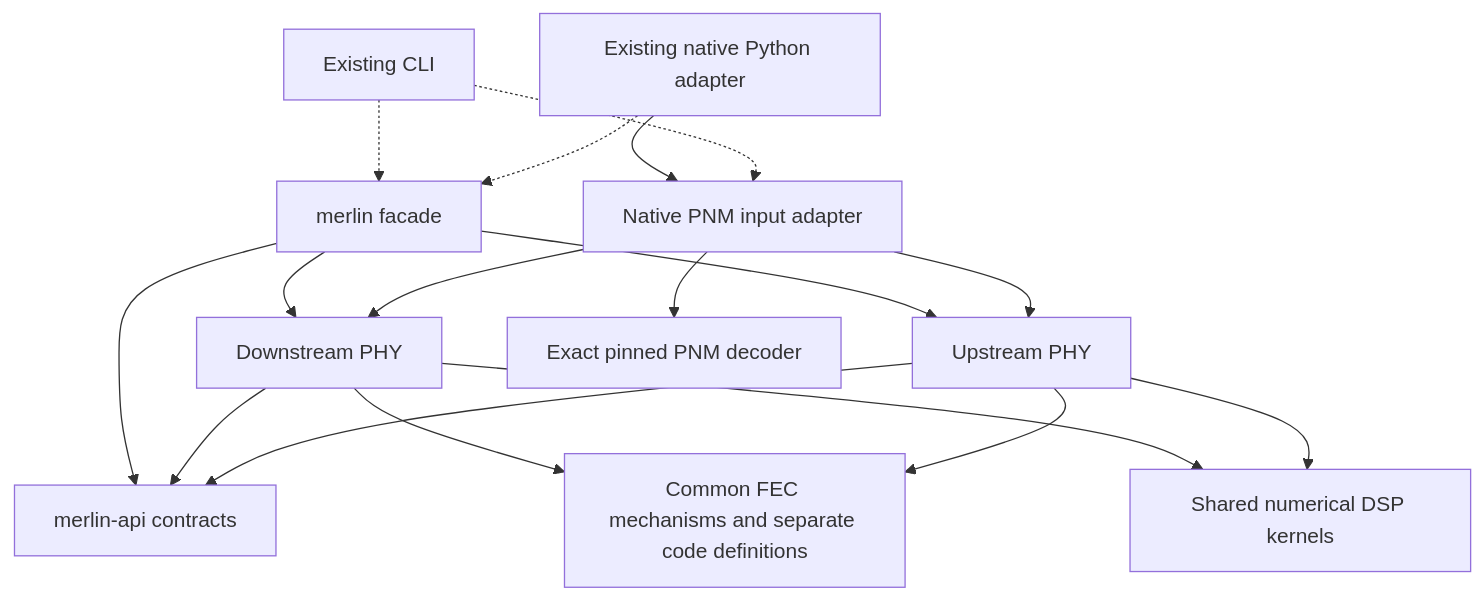
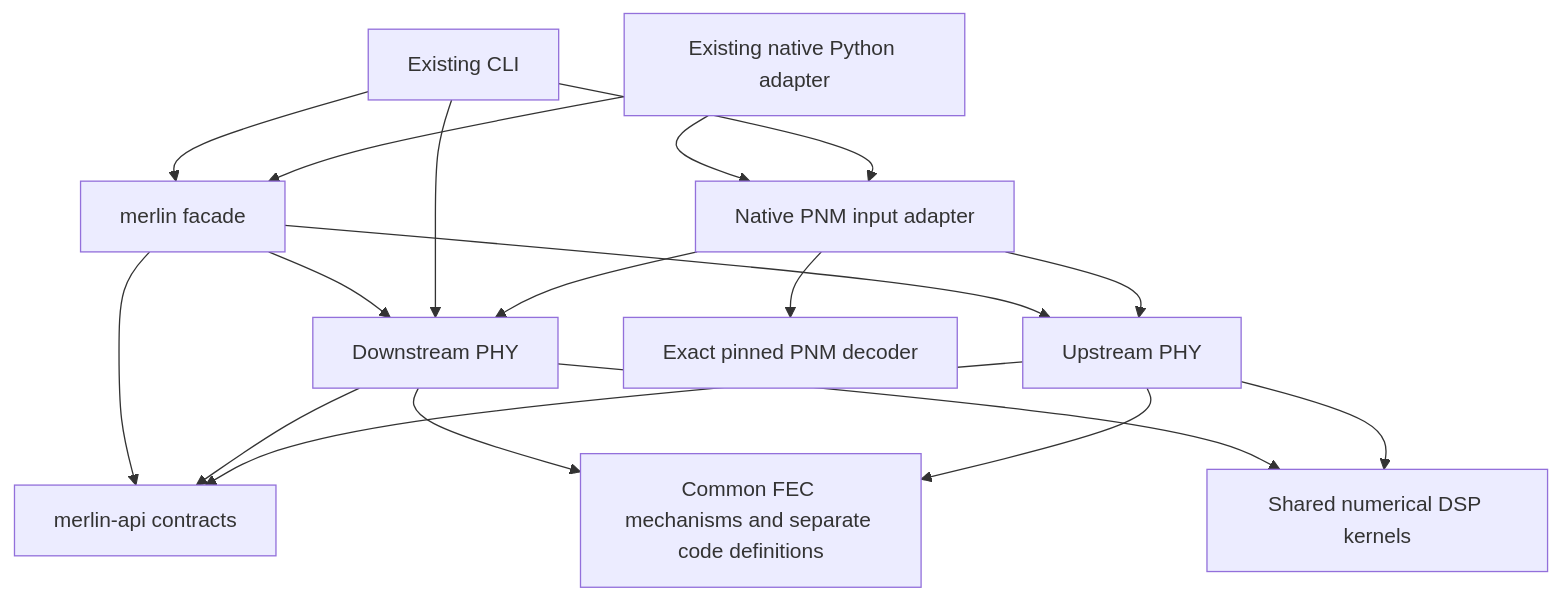
Before and after one commit to mgarcia01752/merlin: the first of 5 diagrams in docs/architecture.md, drawn with Mermaid. The commit also changed other lines of this file and 18 other files, not shown here.

````diff
--- a/docs/architecture.md
+++ b/docs/architecture.md
@@ -138,19 +142,20 @@
 ```mermaid
 flowchart TD
-    CLI[Existing CLI] -.-> ROOT[merlin facade]
-    PY[Existing native Python adapter] -.-> ROOT
+    CLI[Existing CLI] --> ROOT[merlin facade]
+    PY[Existing native Python adapter] --> ROOT
     ROOT --> DS[Downstream PHY]
+    CLI --> DS
     ROOT --> US[Upstream PHY]
     ROOT --> API[merlin-api contracts]
     DS --> API
     US --> API
     PY --> INPUT[Native PNM input adapter]
-    CLI -.-> INPUT
+    CLI --> INPUT
     INPUT --> DS
     INPUT --> US
     INPUT --> PNM[Exact pinned PNM decoder]
     DS --> FEC[Common FEC mechanisms and separate code definitions]
     US --> FEC
     DS --> DSP[Shared numerical DSP kernels]
     US --> DSP
 ```
````
